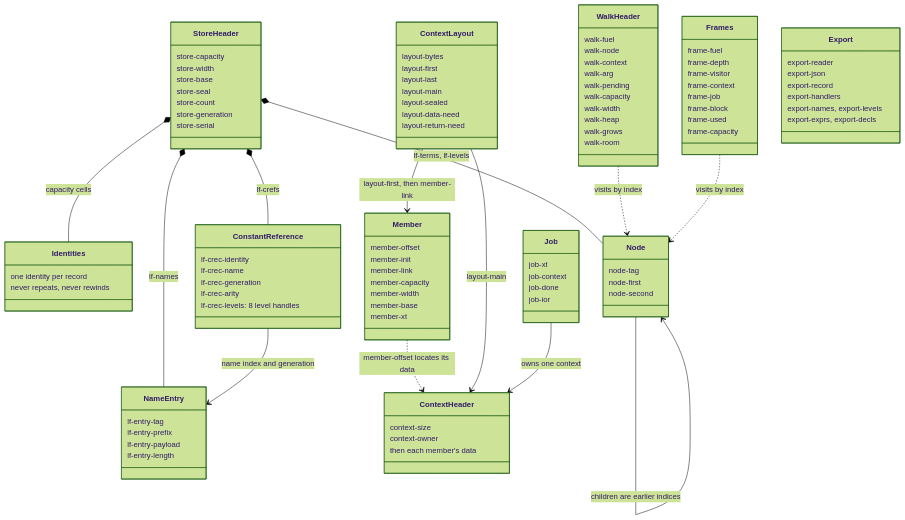
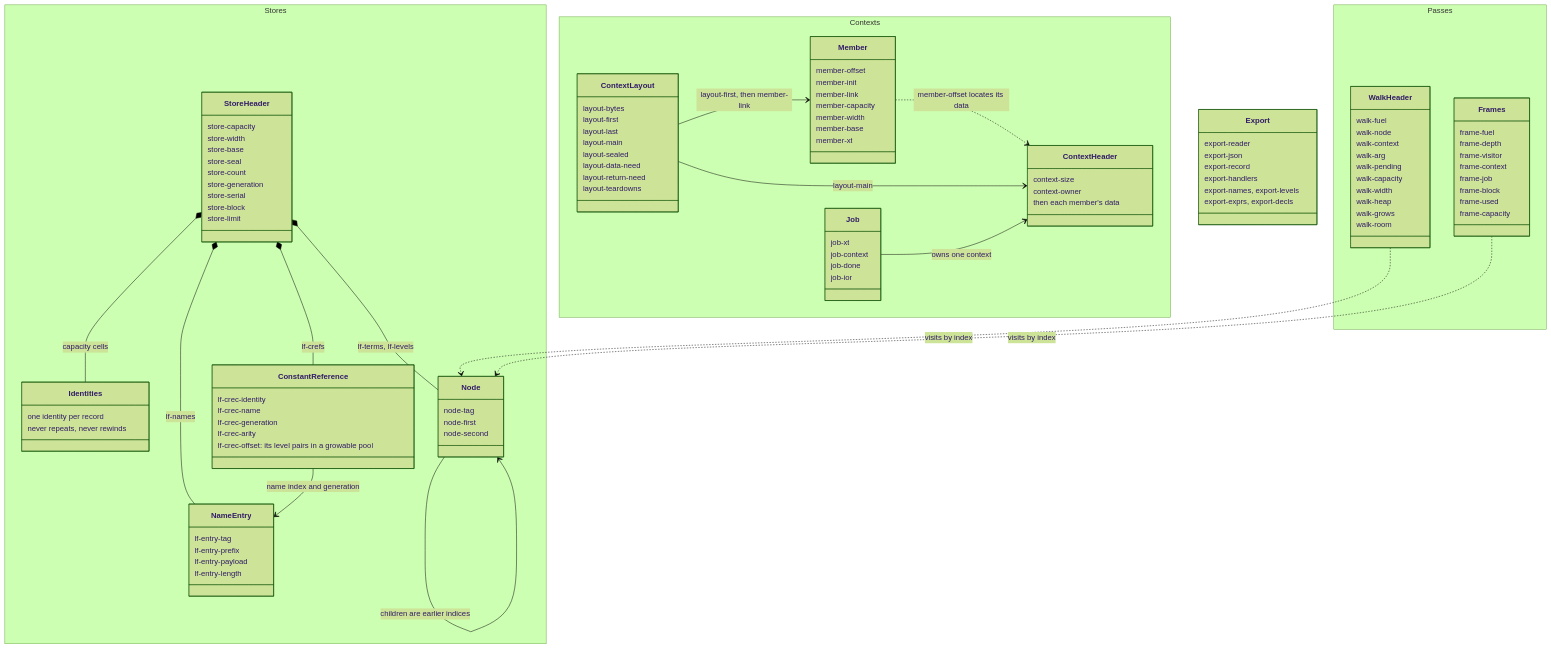
The third of 4 diagrams in docs/development/ARCHITECTURE.md (pmilford/LeanForth), drawn with Mermaid (forest theme) before and after one commit. The commit also changed 9 other files, not shown here.

First line of the commit message:
WIP 6.2.0b: local context and author binders limited only by the heap; diagram rendered

````diff
--- a/docs/development/ARCHITECTURE.md
+++ b/docs/development/ARCHITECTURE.md
@@ -149,86 +149,95 @@
 ```mermaid
 classDiagram
-  class StoreHeader {
-    store-capacity
-    store-width
-    store-base
-    store-seal
-    store-count
-    store-generation
-    store-serial
+  namespace Stores {
+    class StoreHeader {
+      store-capacity
+      store-width
+      store-base
+      store-seal
+      store-count
+      store-generation
+      store-serial
+      store-block
+      store-limit
+    }
+    class Identities {
+      one identity per record
+      never repeats, never rewinds
+    }
+    class Node {
+      node-tag
+      node-first
+      node-second
+    }
+    class NameEntry {
+      lf-entry-tag
+      lf-entry-prefix
+      lf-entry-payload
+      lf-entry-length
+    }
+    class ConstantReference {
+      lf-crec-identity
+      lf-crec-name
+      lf-crec-generation
+      lf-crec-arity
+      lf-crec-offset: its level pairs in a growable pool
+    }
   }
-  class Identities {
-    one identity per record
-    never repeats, never rewinds
+  namespace Contexts {
+    class ContextLayout {
+      layout-bytes
+      layout-first
+      layout-last
+      layout-main
+      layout-sealed
+      layout-data-need
+      layout-return-need
+      layout-teardowns
+    }
+    class Member {
+      member-offset
+      member-init
+      member-link
+      member-capacity
+      member-width
+      member-base
+      member-xt
+    }
+    class ContextHeader {
+      context-size
+      context-owner
+      then each member's data
+    }
+    class Job {
+      job-xt
+      job-context
+      job-done
+      job-ior
+    }
   }
-  class Node {
-    node-tag
-    node-first
-    node-second
-  }
-  class NameEntry {
-    lf-entry-tag
-    lf-entry-prefix
-    lf-entry-payload
-    lf-entry-length
-  }
-  class ConstantReference {
-    lf-crec-identity
-    lf-crec-name
-    lf-crec-generation
-    lf-crec-arity
-    lf-crec-levels: 8 level handles
-  }
-  class WalkHeader {
-    walk-fuel
-    walk-node
-    walk-context
-    walk-arg
-    walk-pending
-    walk-capacity
-    walk-width
-    walk-heap
-    walk-grows
-    walk-room
-  }
-  class Frames {
-    frame-fuel
-    frame-depth
-    frame-visitor
-    frame-context
-    frame-job
-    frame-block
-    frame-used
-    frame-capacity
-  }
-  class ContextHeader {
-    context-size
-    context-owner
-    then each member's data
-  }
-  class ContextLayout {
-    layout-bytes
-    layout-first
-    layout-last
-    layout-main
-    layout-sealed
-    layout-data-need
-    layout-return-need
-  }
-  class Member {
-    member-offset
-    member-init
-    member-link
-    member-capacity
-    member-width
-    member-base
-    member-xt
-  }
-  class Job {
-    job-xt
-    job-context
-    job-done
-    job-ior
+  namespace Passes {
+    class WalkHeader {
+      walk-fuel
+      walk-node
+      walk-context
+      walk-arg
+      walk-pending
+      walk-capacity
+      walk-width
+      walk-heap
+      walk-grows
+      walk-room
+    }
+    class Frames {
+      frame-fuel
+      frame-depth
+      frame-visitor
+      frame-context
+      frame-job
+      frame-block
+      frame-used
+      frame-capacity
+    }
   }
   class Export {
     export-reader
@@ -238,8 +247,8 @@
     export-names, export-levels
     export-exprs, export-decls
   }
+  StoreHeader *-- Node : lf-terms, lf-levels
   StoreHeader *-- Identities : capacity cells
-  StoreHeader *-- Node : lf-terms, lf-levels
   StoreHeader *-- NameEntry : lf-names
   StoreHeader *-- ConstantReference : lf-crefs
   Node --> Node : children are earlier indices
````
